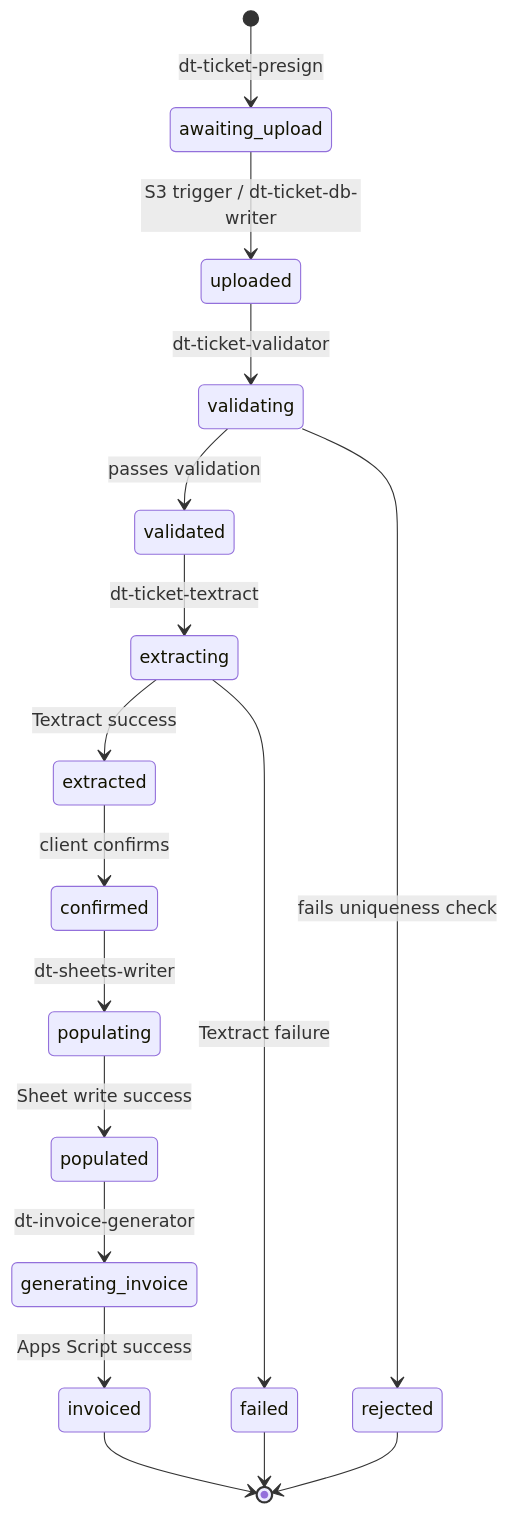
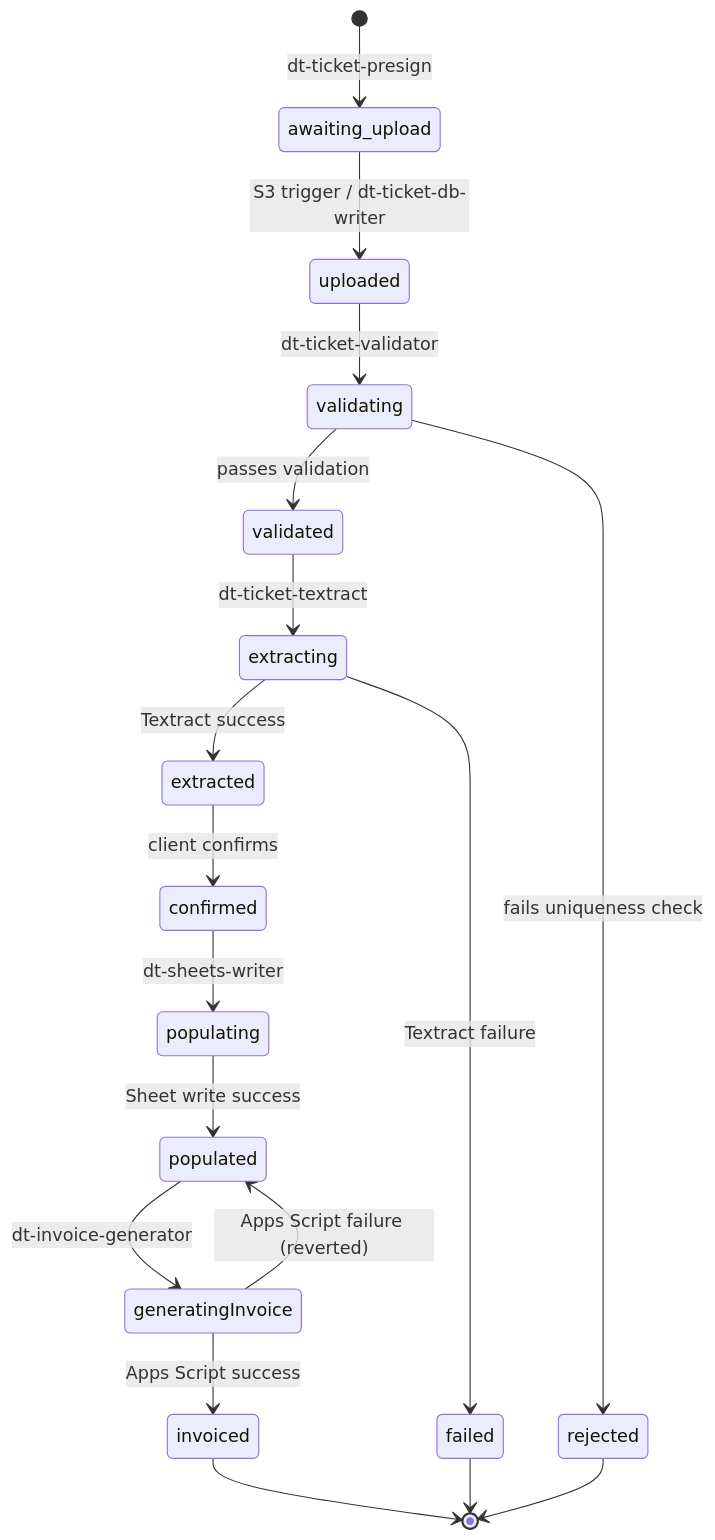
One commit to artomatiq/ccs-ticket-backend changed the second of 2 diagrams in ARCHITECTURE.MD. Above: the diagram before and after it, drawn with Mermaid. The commit also changed other lines of this file, not shown here.

Commit message:
update architecture

````diff
--- a/ARCHITECTURE.MD
+++ b/ARCHITECTURE.MD
@@ -48,19 +48,20 @@
 ```mermaid
 stateDiagram-v2
     [*] --> awaiting_upload: dt-ticket-presign
     awaiting_upload --> uploaded: S3 trigger / dt-ticket-db-writer
     uploaded --> validating: dt-ticket-validator
     validating --> validated: passes validation
     validating --> rejected: fails uniqueness check
     validated --> extracting: dt-ticket-textract
     extracting --> extracted: Textract success
     extracting --> failed: Textract failure
     extracted --> confirmed: client confirms
     confirmed --> populating: dt-sheets-writer
     populating --> populated: Sheet write success
-    populated --> generating_invoice: dt-invoice-generator
-    generating_invoice --> invoiced: Apps Script success
+    populated --> generatingInvoice: dt-invoice-generator
+    generatingInvoice --> invoiced: Apps Script success
+    generatingInvoice --> populated: Apps Script failure (reverted)
     invoiced --> [*]
     rejected --> [*]
     failed --> [*]
 ```
````
